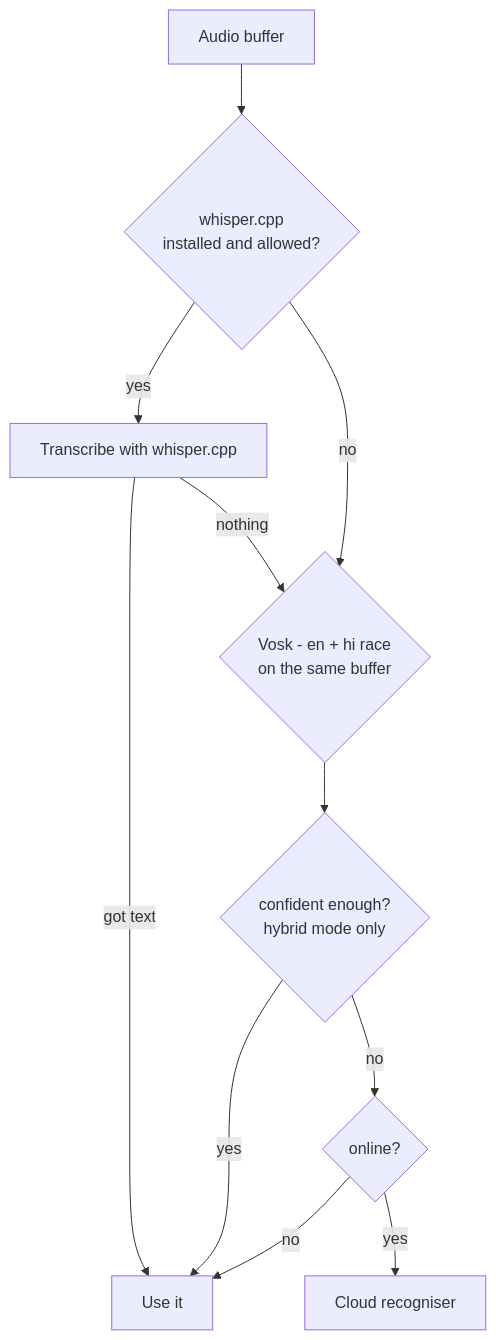
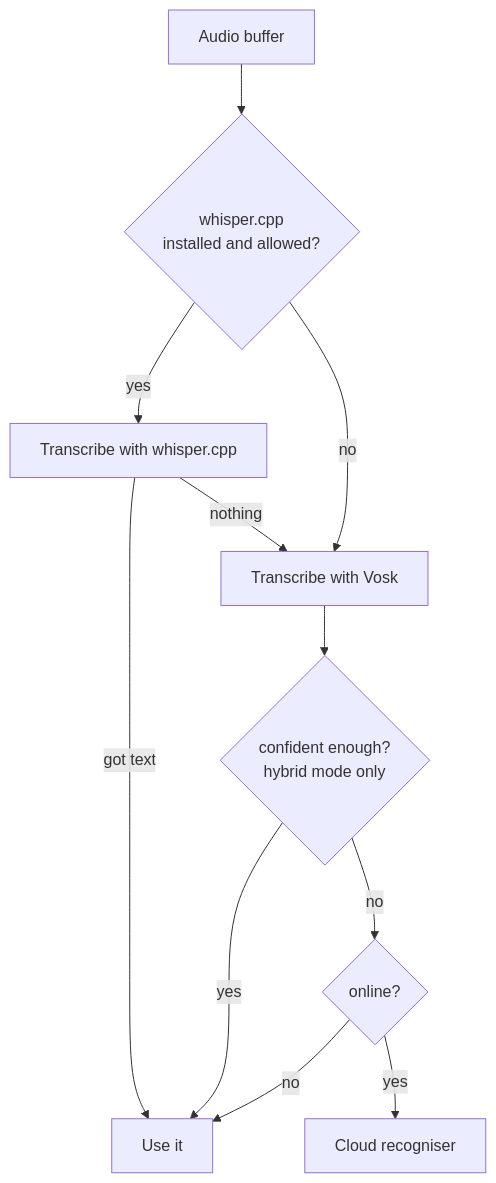
Before and after one commit to RudraLabs-dev/blackvoice: the second of 2 diagrams in wiki/Architecture.md, drawn with Mermaid. The commit also changed other lines of this file and 40 other files, not shown here.

````diff
--- a/wiki/Architecture.md
+++ b/wiki/Architecture.md
@@ -73,13 +73,13 @@
 ```mermaid
 flowchart TD
     A[Audio buffer] --> W{whisper.cpp<br/>installed and allowed?}
     W -->|yes| WR[Transcribe with whisper.cpp]
     WR -->|got text| DONE[Use it]
     WR -->|nothing| V
-    W -->|no| V{Vosk - en + hi race<br/>on the same buffer}
+    W -->|no| V[Transcribe with Vosk]
     V --> C{confident enough?<br/>hybrid mode only}
     C -->|yes| DONE
     C -->|no| O{online?}
     O -->|yes| CLOUD[Cloud recogniser]
     O -->|no| DONE
 ```
````
